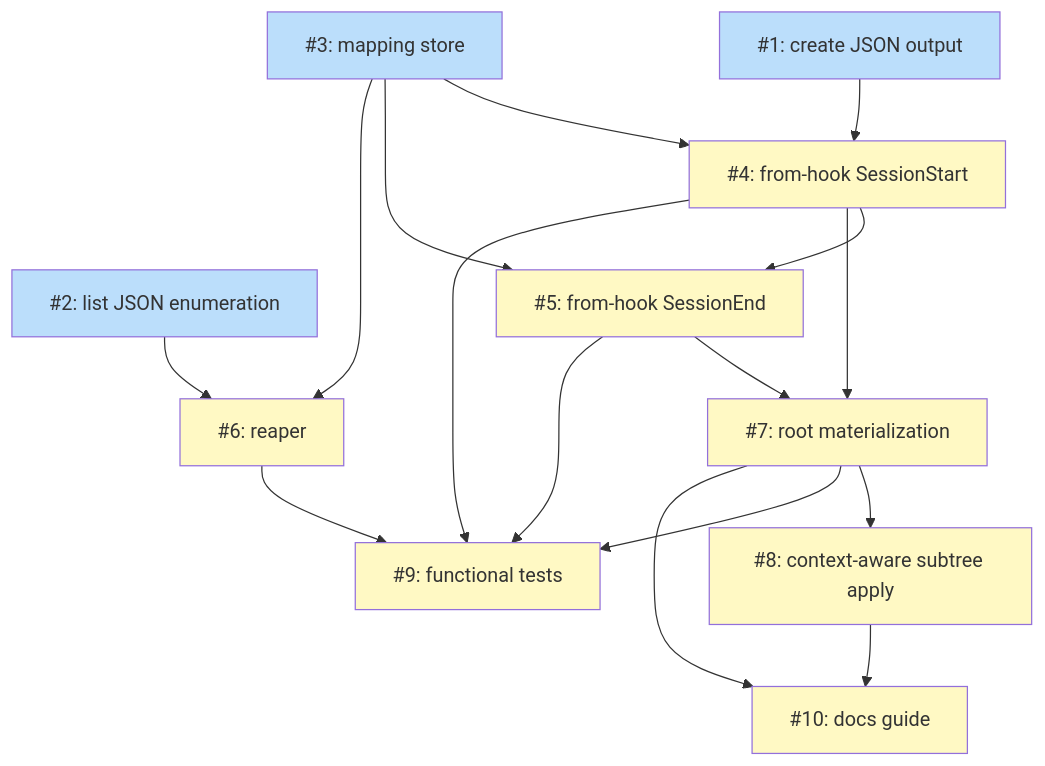
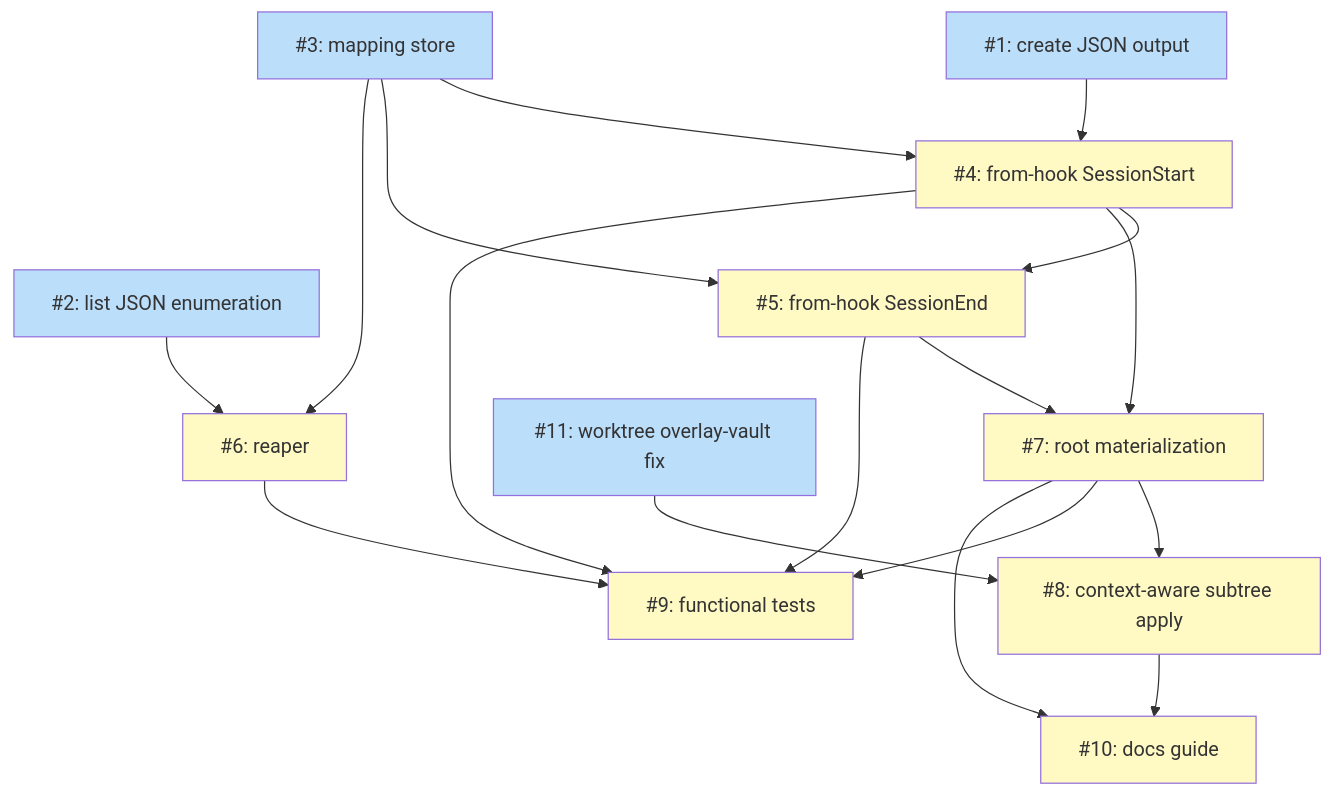
One commit to tsukumogami/niwa changed the diagram in docs/plans/PLAN-ephemeral-session-instances.md. Above: the diagram before and after it, drawn with Mermaid. The commit also changed other lines of this file, not shown here.

````diff
--- a/docs/plans/PLAN-ephemeral-session-instances.md
+++ b/docs/plans/PLAN-ephemeral-session-instances.md
@@ -293,36 +319,38 @@
 ```mermaid
 graph TD
     I1["#1: create JSON output"]
     I2["#2: list JSON enumeration"]
     I3["#3: mapping store"]
     I4["#4: from-hook SessionStart"]
     I5["#5: from-hook SessionEnd"]
     I6["#6: reaper"]
     I7["#7: root materialization"]
     I8["#8: context-aware subtree apply"]
     I9["#9: functional tests"]
     I10["#10: docs guide"]
+    I11["#11: worktree overlay-vault fix"]
 
+    I11 --> I8
     I1 --> I4
     I3 --> I4
     I3 --> I5
     I4 --> I5
     I2 --> I6
     I3 --> I6
     I4 --> I7
     I5 --> I7
     I7 --> I8
     I4 --> I9
     I5 --> I9
     I6 --> I9
     I7 --> I9
     I7 --> I10
     I8 --> I10
 
     classDef done fill:#c8e6c9
     classDef ready fill:#bbdefb
     classDef blocked fill:#fff9c4
 
-    class I1,I2,I3 ready
+    class I1,I2,I3,I11 ready
     class I4,I5,I6,I7,I8,I9,I10 blocked
 ```
````
